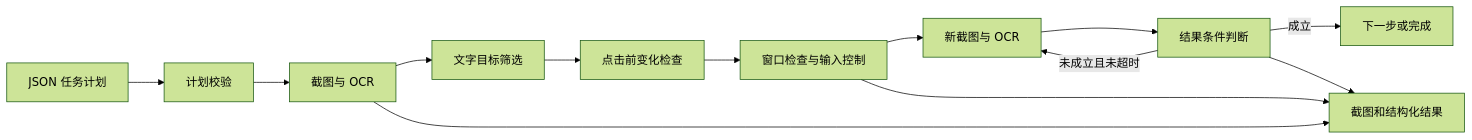
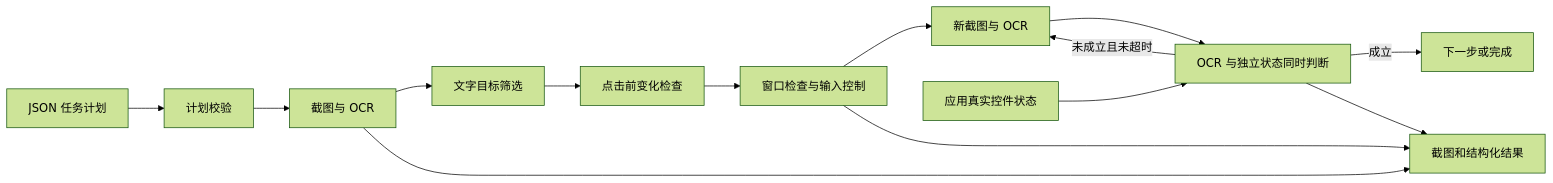
Before and after one commit to yzha1363/gui-agent: the diagram in docs/architecture.md, drawn with Mermaid (forest theme). The commit also changed other lines of this file and 248 other files, not shown here.

````diff
--- a/docs/architecture.md
+++ b/docs/architecture.md
@@ -5,15 +5,16 @@
 ```mermaid
 flowchart LR
     P[JSON 任务计划] --> V[计划校验]
     V --> O[截图与 OCR]
     O --> T[文字目标筛选]
     T --> F[点击前变化检查]
     F --> C[窗口检查与输入控制]
     C --> A[新截图与 OCR]
-    A --> E[结果条件判断]
+    A --> E[OCR 与独立状态同时判断]
+    S[应用真实控件状态] --> E
     E -->|成立| N[下一步或完成]
     E -->|未成立且未超时| A
     O --> L[截图和结构化结果]
     C --> L
     E --> L
 ```
````
